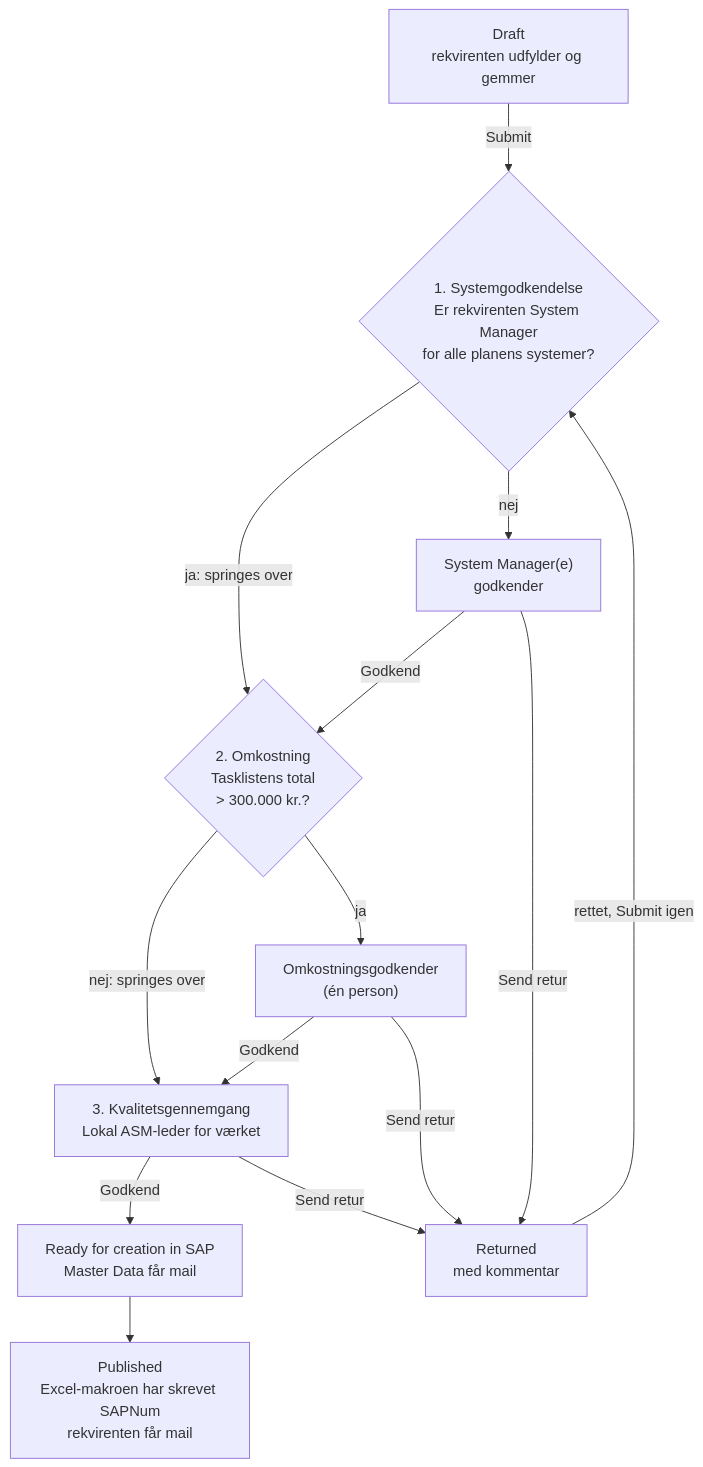
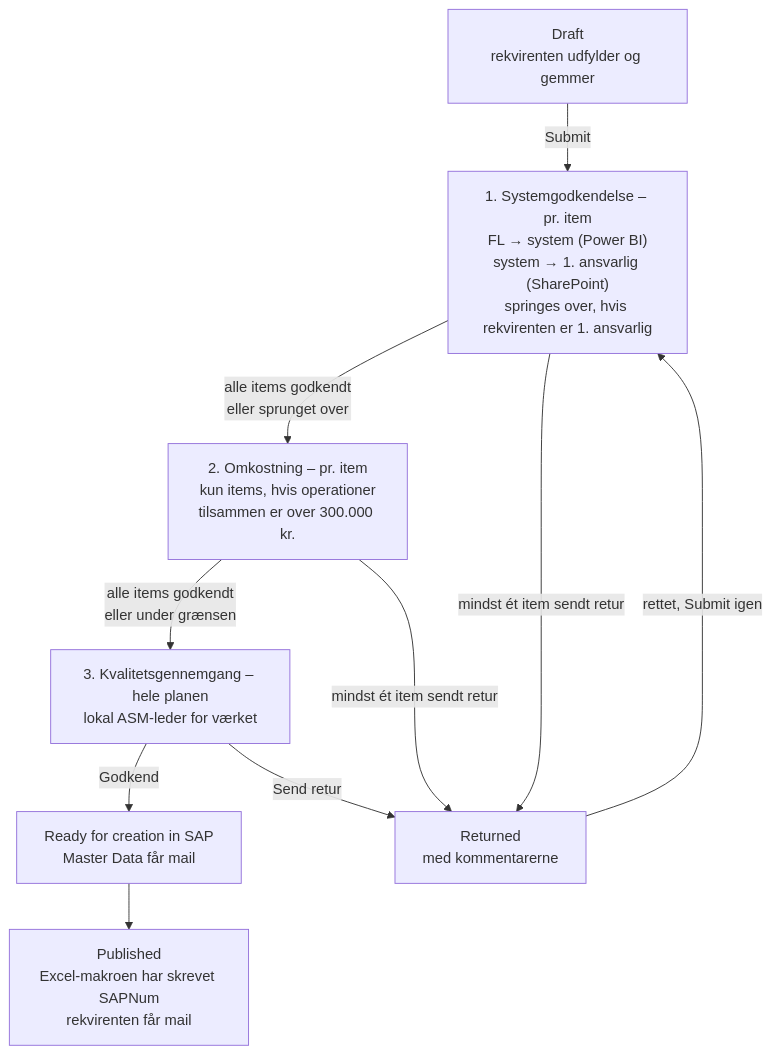
One commit to PeterBjerre/Canvas_apps changed the diagram in docs/32-godkendelsesflow.md. Above: the diagram before and after it, drawn with Mermaid. The commit also changed other lines of this file and 1 other file, not shown here.

First line of the commit message:
Godkendelsesflow: godkendelse pr. item og System Manager-liste

````diff
--- a/docs/32-godkendelsesflow.md
+++ b/docs/32-godkendelsesflow.md
@@ -49,26 +52,20 @@
 ```mermaid
 flowchart TD
   D["Draft<br/>rekvirenten udfylder og gemmer"]
-  S{"1. Systemgodkendelse<br/>Er rekvirenten System Manager<br/>for alle planens systemer?"}
-  SA["System Manager(e)<br/>godkender"]
-  C{"2. Omkostning<br/>Tasklistens total<br/>> 300.000 kr.?"}
-  CA["Omkostningsgodkender<br/>(én person)"]
-  Q["3. Kvalitetsgennemgang<br/>Lokal ASM-leder for værket"]
-  RT["Returned<br/>med kommentar"]
+  S["1. Systemgodkendelse – pr. item<br/>FL → system (Power BI)<br/>system → 1. ansvarlig (SharePoint)<br/>springes over, hvis rekvirenten er 1. ansvarlig"]
+  C["2. Omkostning – pr. item<br/>kun items, hvis operationer<br/>tilsammen er over 300.000 kr."]
+  Q["3. Kvalitetsgennemgang – hele planen<br/>lokal ASM-leder for værket"]
+  RT["Returned<br/>med kommentarerne"]
   RS["Ready for creation in SAP<br/>Master Data får mail"]
   PB["Published<br/>Excel-makroen har skrevet SAPNum<br/>rekvirenten får mail"]
 
   D -- "Submit" --> S
-  S -- "ja: springes over" --> C
-  S -- "nej" --> SA
-  SA -- "Godkend" --> C
-  C -- "nej: springes over" --> Q
-  C -- "ja" --> CA
-  CA -- "Godkend" --> Q
+  S -- "alle items godkendt<br/>eller sprunget over" --> C
+  C -- "alle items godkendt<br/>eller under grænsen" --> Q
   Q -- "Godkend" --> RS
   RS --> PB
-  SA -- "Send retur" --> RT
-  CA -- "Send retur" --> RT
+  S -- "mindst ét item sendt retur" --> RT
+  C -- "mindst ét item sendt retur" --> RT
   Q -- "Send retur" --> RT
   RT -- "rettet, Submit igen" --> S
 ```
````
